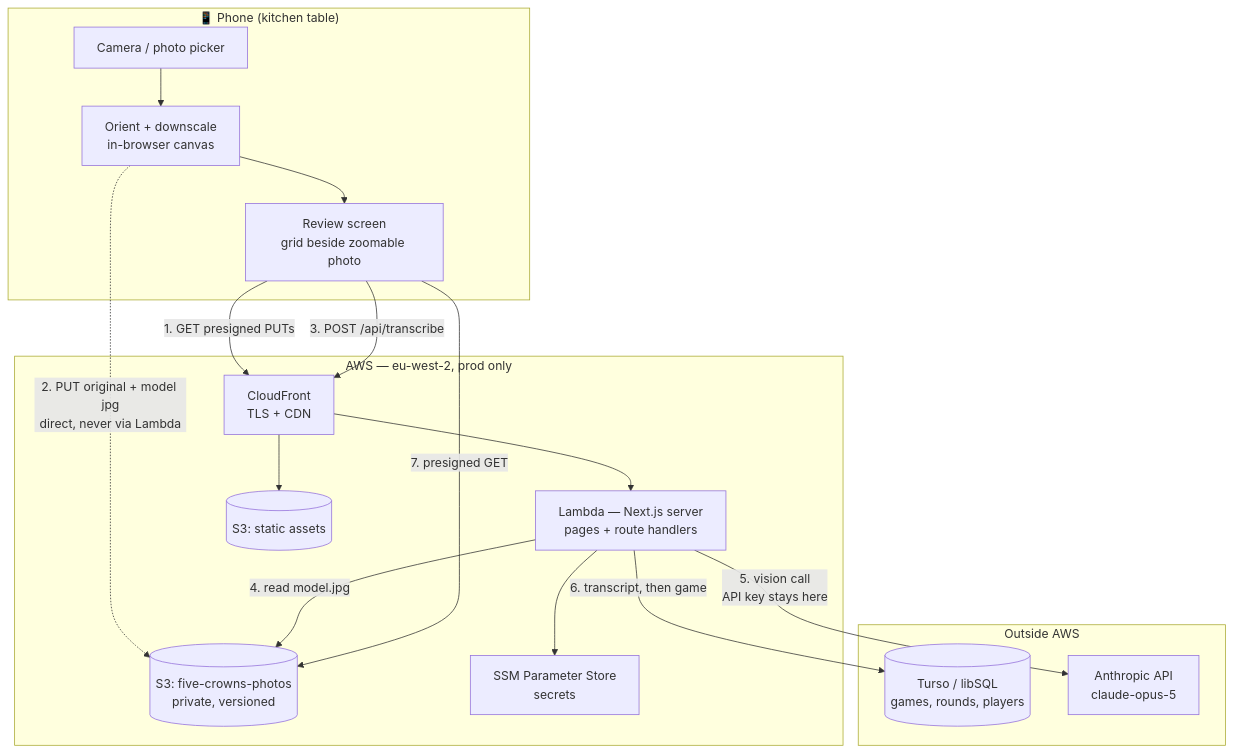
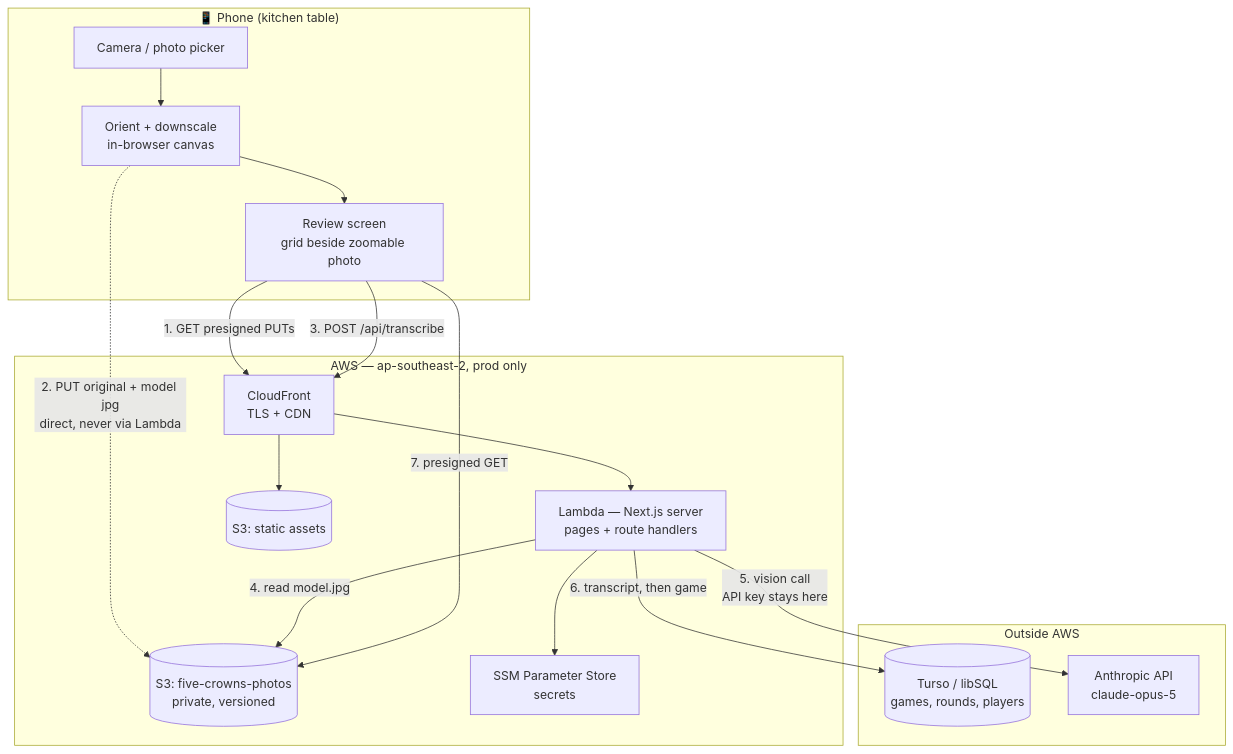
One commit to ribenajuice/five-crowns changed the first of 4 diagrams in docs/ARCHITECTURE.md. Above: the diagram before and after it, drawn with Mermaid. The commit also changed other lines of this file and 77 other files, not shown here.

First line of the commit message:
Milestone 1 Stage 1: scaffold, schema, scoring library, password gate

````diff
--- a/docs/ARCHITECTURE.md
+++ b/docs/ARCHITECTURE.md
@@ -213,33 +213,33 @@
 ```mermaid
 flowchart TB
     subgraph Phone["📱 Phone (kitchen table)"]
         CAM[Camera / photo picker]
         ROT[Orient + downscale<br/>in-browser canvas]
         UI[Review screen<br/>grid beside zoomable photo]
     end
 
-    subgraph AWS["AWS — eu-west-2, prod only"]
+    subgraph AWS["AWS — ap-southeast-2, prod only"]
         CF[CloudFront<br/>TLS + CDN]
         L["Lambda — Next.js server<br/>pages + route handlers"]
         S3P[(S3: five-crowns-photos<br/>private, versioned)]
         S3A[(S3: static assets)]
         SSM[SSM Parameter Store<br/>secrets]
     end
 
     subgraph External["Outside AWS"]
         TURSO[(Turso / libSQL<br/>games, rounds, players)]
         ANT[Anthropic API<br/>claude-opus-5]
     end
 
     CAM --> ROT --> UI
     UI -->|1. GET presigned PUTs| CF
     ROT -.->|2. PUT original + model jpg<br/>direct, never via Lambda| S3P
     UI -->|3. POST /api/transcribe| CF
     CF --> L
     L -->|4. read model.jpg| S3P
     L -->|5. vision call<br/>API key stays here| ANT
     L -->|6. transcript, then game| TURSO
     L --> SSM
     CF --> S3A
     UI -->|7. presigned GET| S3P
 ```
````
